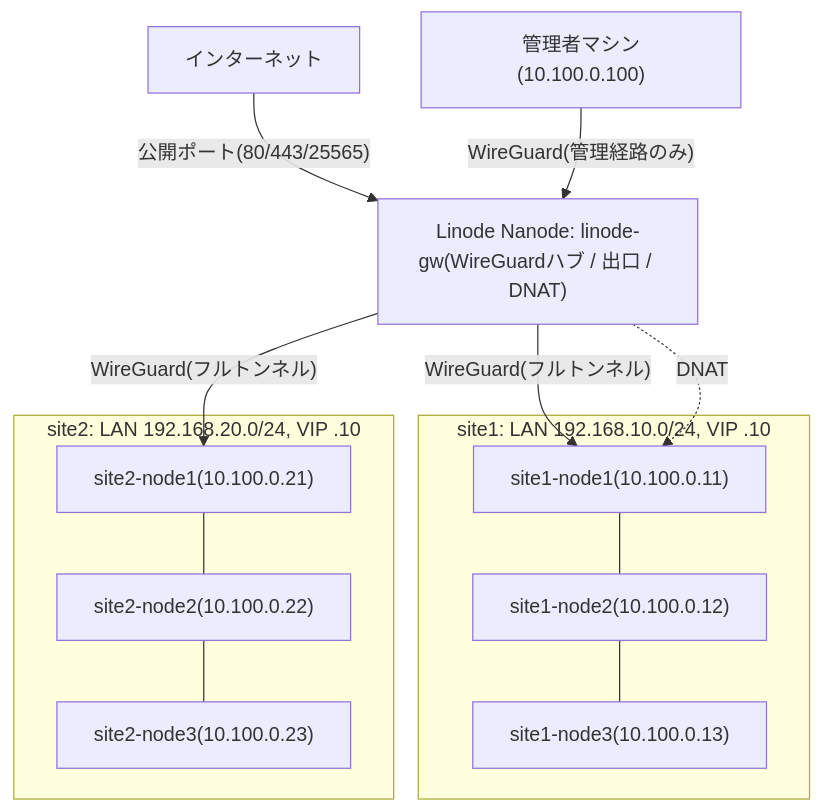
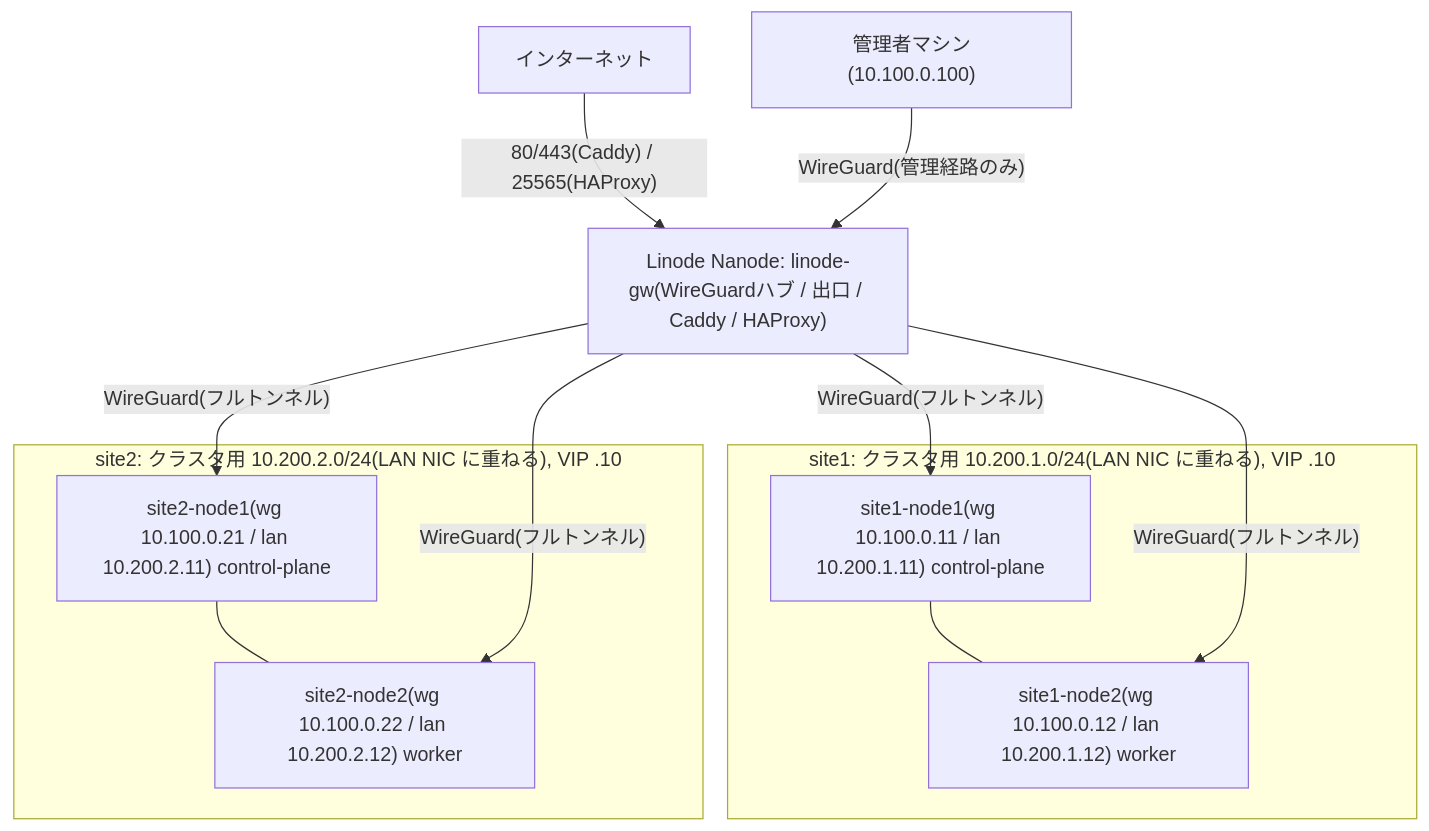
Before and after one commit to morinoparty/moripa-infra: the diagram in docs/content/docs/architecture/overview.mdx, drawn with Mermaid. The commit also changed other lines of this file and 75 other files, not shown here.

First line of the commit message:
2拠点×2台 + Linode Caddy/HAProxy 構成に再設計し、実鍵を生成

````diff
--- a/docs/content/docs/architecture/overview.mdx
+++ b/docs/content/docs/architecture/overview.mdx
@@ -12,26 +12,25 @@
 ```mermaid
 graph TB
     Internet["インターネット"]
     Admin["管理者マシン(10.100.0.100)"]
-    GW["Linode Nanode: linode-gw(WireGuardハブ / 出口 / DNAT)"]
+    GW["Linode Nanode: linode-gw(WireGuardハブ / 出口 / Caddy / HAProxy)"]
 
-    subgraph site1["site1: LAN 192.168.10.0/24, VIP .10"]
-        S1N1["site1-node1(10.100.0.11)"]
-        S1N2["site1-node2(10.100.0.12)"]
-        S1N3["site1-node3(10.100.0.13)"]
-        S1N1 --- S1N2 --- S1N3
+    subgraph site1["site1: クラスタ用 10.200.1.0/24(LAN NIC に重ねる), VIP .10"]
+        S1N1["site1-node1(wg 10.100.0.11 / lan 10.200.1.11) control-plane"]
+        S1N2["site1-node2(wg 10.100.0.12 / lan 10.200.1.12) worker"]
+        S1N1 --- S1N2
     end
 
-    subgraph site2["site2: LAN 192.168.20.0/24, VIP .10"]
-        S2N1["site2-node1(10.100.0.21)"]
-        S2N2["site2-node2(10.100.0.22)"]
-        S2N3["site2-node3(10.100.0.23)"]
-        S2N1 --- S2N2 --- S2N3
+    subgraph site2["site2: クラスタ用 10.200.2.0/24(LAN NIC に重ねる), VIP .10"]
+        S2N1["site2-node1(wg 10.100.0.21 / lan 10.200.2.11) control-plane"]
+        S2N2["site2-node2(wg 10.100.0.22 / lan 10.200.2.12) worker"]
+        S2N1 --- S2N2
     end
 
-    Internet -- "公開ポート(80/443/25565)" --> GW
+    Internet -- "80/443(Caddy) / 25565(HAProxy)" --> GW
     Admin -- "WireGuard(管理経路のみ)" --> GW
     GW -- "WireGuard(フルトンネル)" --> S1N1
+    GW -- "WireGuard(フルトンネル)" --> S1N2
     GW -- "WireGuard(フルトンネル)" --> S2N1
-    GW -. "DNAT" .-> S1N1
+    GW -- "WireGuard(フルトンネル)" --> S2N2
 ```
````
